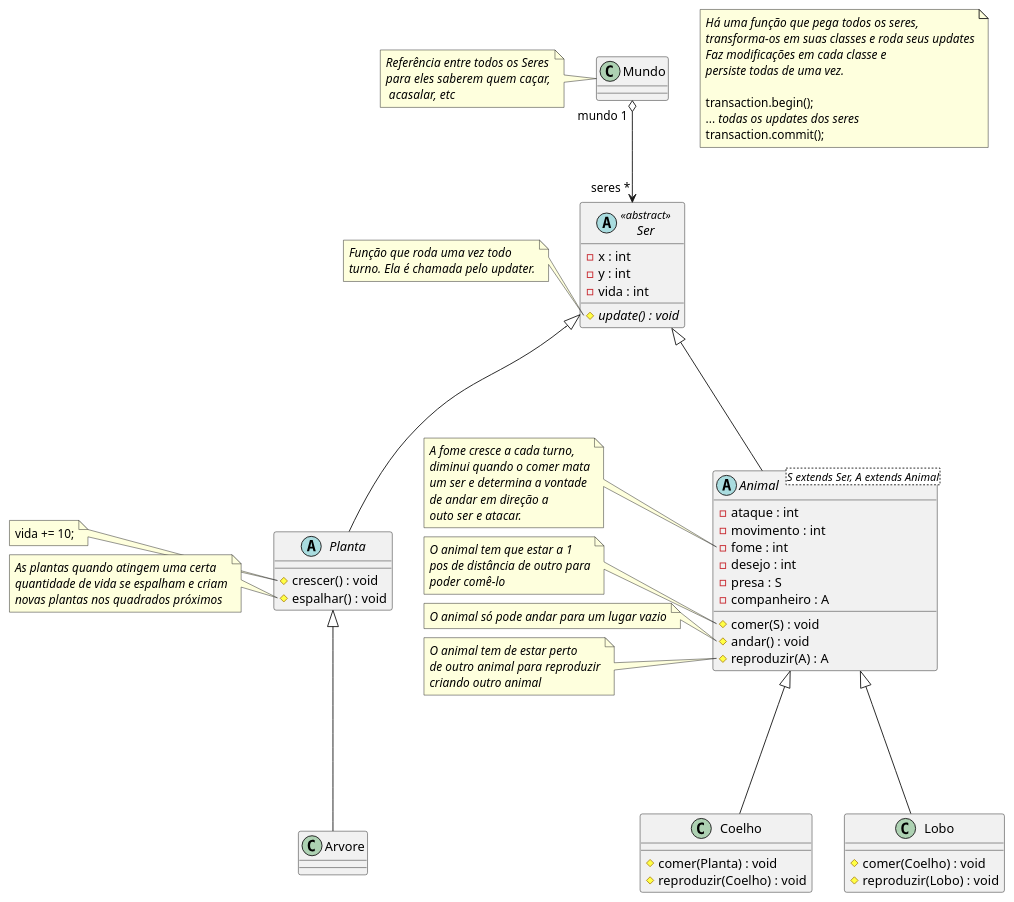
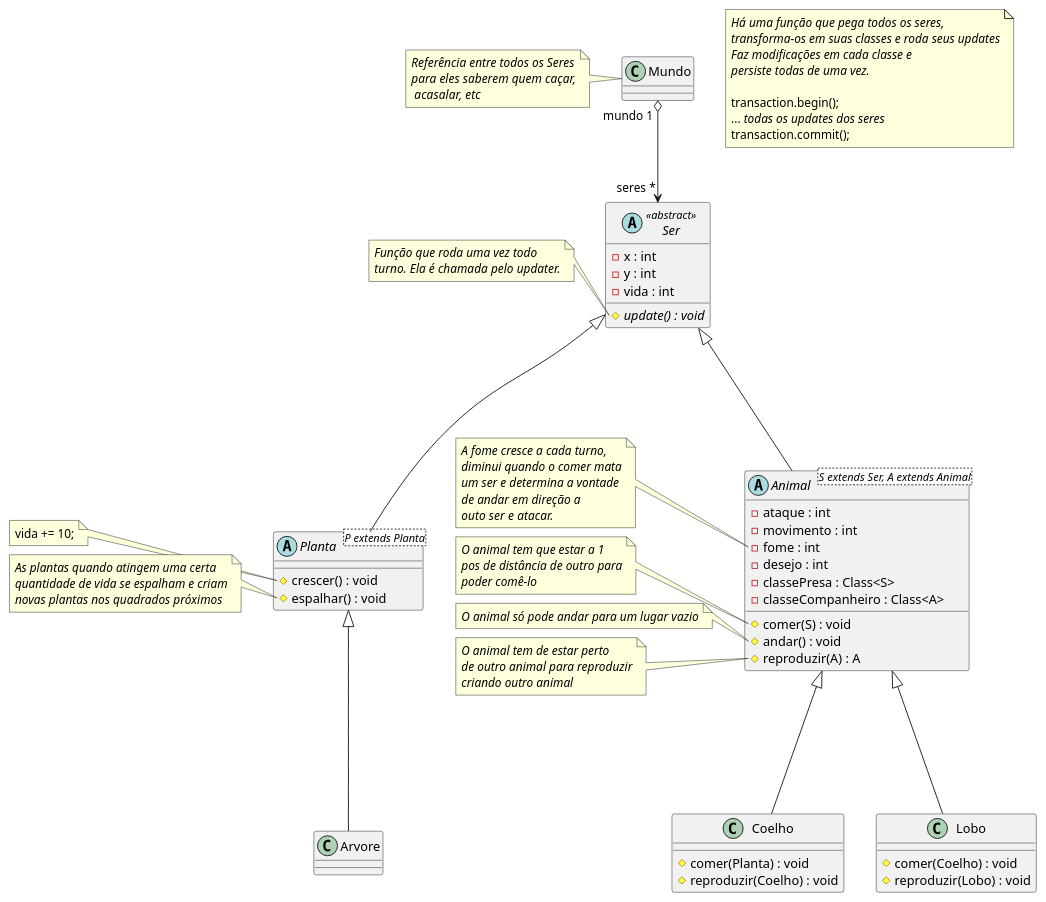
One commit to pedropalhari/trabalhoBancoDados changed the diagram in UML/main.pu. Above: the diagram before and after it, drawn with PlantUML. The commit also changed 19 other files, not shown here.

```diff
--- a/UML/main.pu
+++ b/UML/main.pu
@@ -1,113 +1,113 @@
 @startuml
 
 note as Note
 <i>Há uma função que pega todos os seres,
 <i>transforma-os em suas classes e roda seus updates
 <i>Faz modificações em cada classe e
 <i>persiste todas de uma vez.
 
 transaction.begin();
 ... <i>todas os updates dos seres</i>
 transaction.commit();
 end note
 
 Mundo "mundo 1" o--> "seres *" Ser
 class Mundo {
 
 }
 note left of Mundo
 <i>Referência entre todos os Seres
 <i>para eles saberem quem caçar,
 <i> acasalar, etc
 end note
 
 ' ---------- ABSTRATAS ----------
 
 abstract class Ser <<abstract>>{
   - x : int
   - y : int
   - vida : int
 
   # {abstract} update() : void
 }
 note left of Ser::update
 <i>Função que roda uma vez todo
 <i>turno. Ela é chamada pelo updater.
 end note
 
 
 ' Plantas crescem baseado em sua vida, quanto mais turnos
 ' mais vida obtêm. Toda planta cresce todo turno
 Ser <|--- Planta
-abstract class Planta {
+abstract class Planta <P extends Planta> {
   # crescer() : void
   # espalhar() : void
 }
 note left of Planta::crescer
 vida += 10;
 end note
 note left of Planta::espalhar
 <i>As plantas quando atingem uma certa
 <i>quantidade de vida se espalham e criam
 <i>novas plantas nos quadrados próximos
 end note
 
 Ser <|--- Animal
 abstract class Animal <S extends Ser, A extends Animal>{
   - ataque : int
   - movimento : int
   - fome : int
   - desejo : int
-	- presa : S
-	- companheiro : A
+	- classePresa : Class<S>
+	- classeCompanheiro : Class<A>
 
   # comer(S) : void
   # andar() : void
   # reproduzir(A) : A
 }
 note left of Animal::fome
 <i>A fome cresce a cada turno,
 <i>diminui quando o comer mata
 <i>um ser e determina a vontade
 <i>de andar em direção a
 <i>outo ser e atacar.
 end note
 note left of Animal::comer
 <i>O animal tem que estar a 1
 <i>pos de distância de outro para
 <i>poder comê-lo
 end note
 note left of Animal::andar
 <i>O animal só pode andar para um lugar vazio
 end note
 note left of Animal::reproduzir
 <i>O animal tem de estar perto
 <i>de outro animal para reproduzir
 <i>criando outro animal
 end note
 
 
 ' ---------- CONCRETAS ----------
 
 ' ---------- ANIMAIS ----------
 
 Animal <|--- Coelho
 class Coelho {
   # comer(Planta) : void
   # reproduzir(Coelho) : void
 }
 
 Animal <|--- Lobo
 class Lobo {
   # comer(Coelho) : void
   # reproduzir(Lobo) : void
 }
 
 ' ---------- PLANTAS ----------
 
 Planta <|--- Arvore
 class Arvore {
 
 }
 
 @enduml
```
